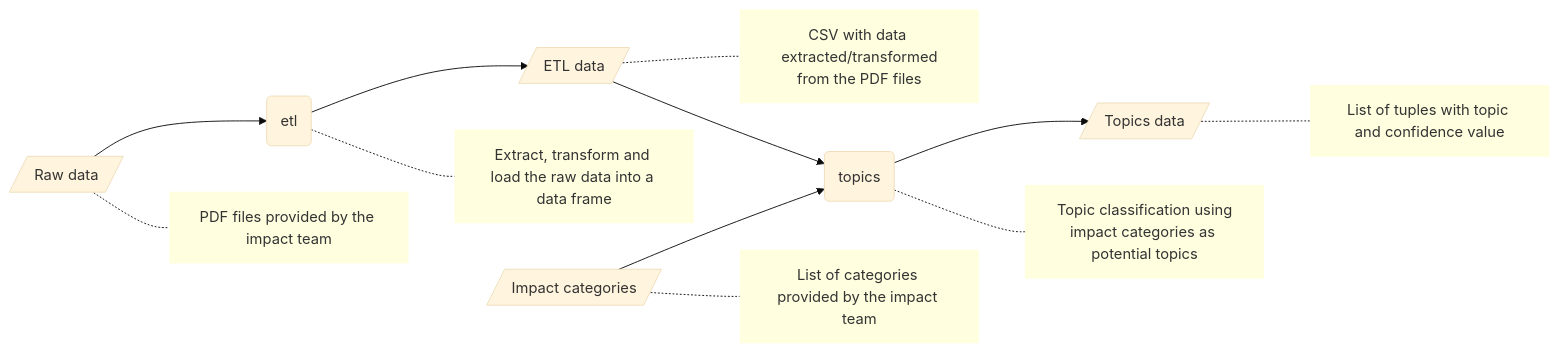
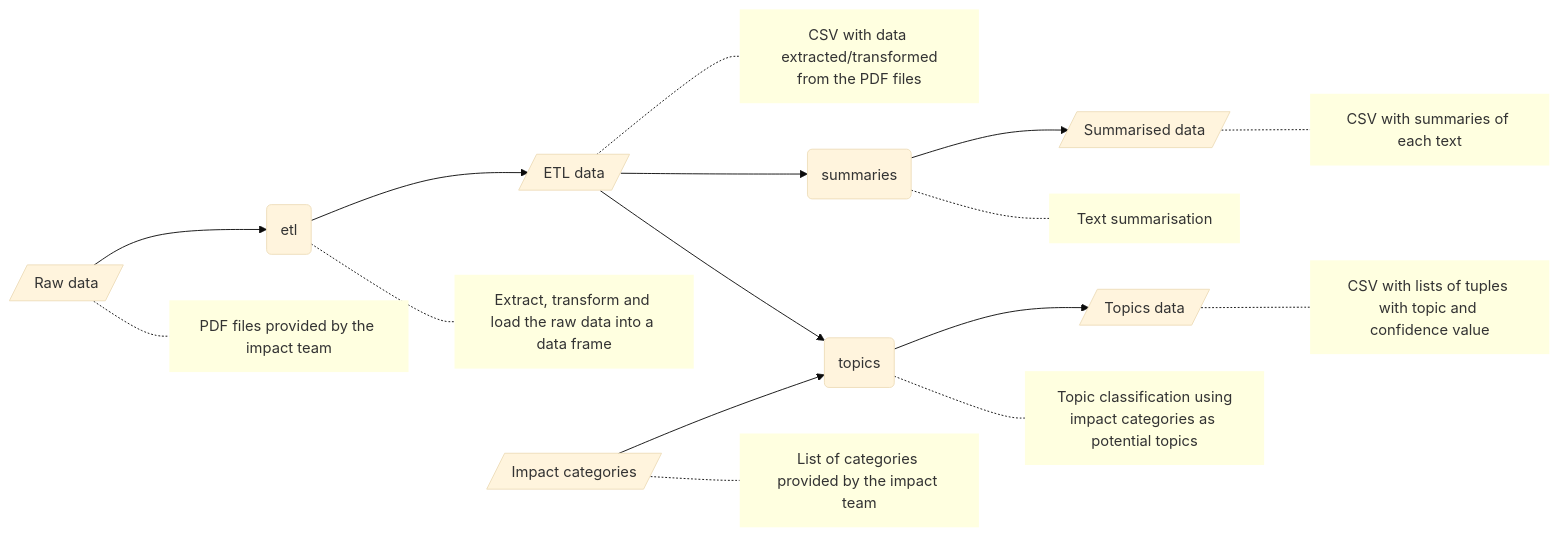
Before and after one commit to kingsdigitallab/refida: the diagram in README.md, drawn with Mermaid (base theme).

Commit message:
📖 Doc: Update workflow.

````diff
--- a/README.md
+++ b/README.md
@@ -9,27 +9,35 @@
 ```mermaid
 flowchart LR
     data_raw[/Raw data/] --> etl(etl)
     data_raw -.- comment_data_raw[PDF files provided by the impact team]
     class comment_data_raw comment
 
     etl --> data_etl[/ETL data/]
     etl -.- comment_etl[Extract, transform and load the raw data into a data frame]
     class comment_etl comment
 
     data_etl -.- comment_data_etl[CSV with data extracted/transformed\nfrom the PDF files]
+    data_etl --> summaries(summaries)
     data_etl --> topics(topics)
     class comment_data_etl comment
 
     data_impact_categories[/Impact categories/] --> topics(topics)
     data_impact_categories -.- comment_data_impact_categories[List of categories provided by the impact team]
     class comment_data_impact_categories comment
 
     topics --> data_topics[/Topics data/]
     topics -.- comment_topics[Topic classification using\nimpact categories as potential topics]
     class comment_topics comment
 
-    data_topics -.- comment_data_topics[List of tuples with topic and confidence value]
+    data_topics -.- comment_data_topics[CSV with lists of tuples with topic and confidence value]
     class comment_data_topics comment
+
+    summaries --> data_summaries[/Summarised data/]
+    summaries -.- comment_summaries[Text summarisation]
+    class comment_summaries comment
+
+    data_summaries -.- comment_data_summaries[CSV with summaries of each text]
+    class comment_data_summaries comment
 
     classDef comment fill:lightyellow,stroke-width:0px;
 ```
````
